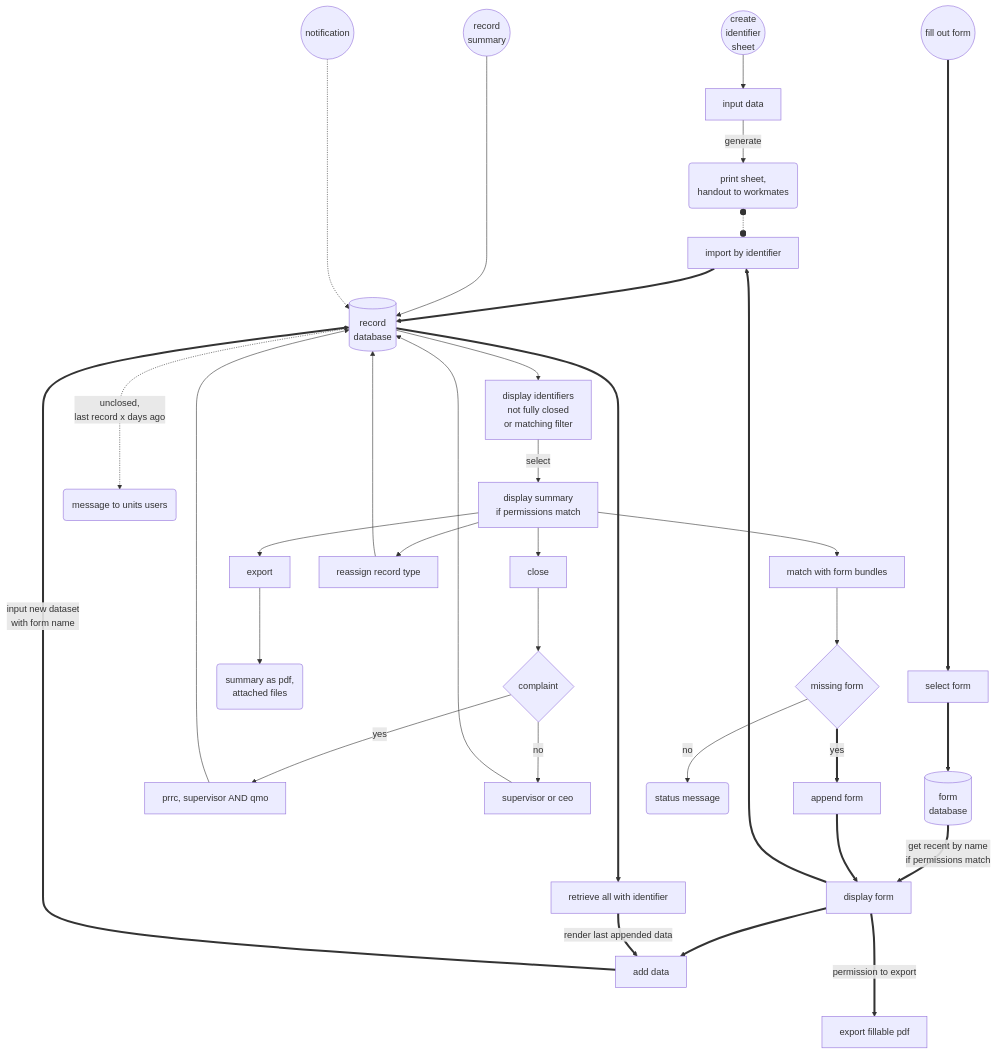
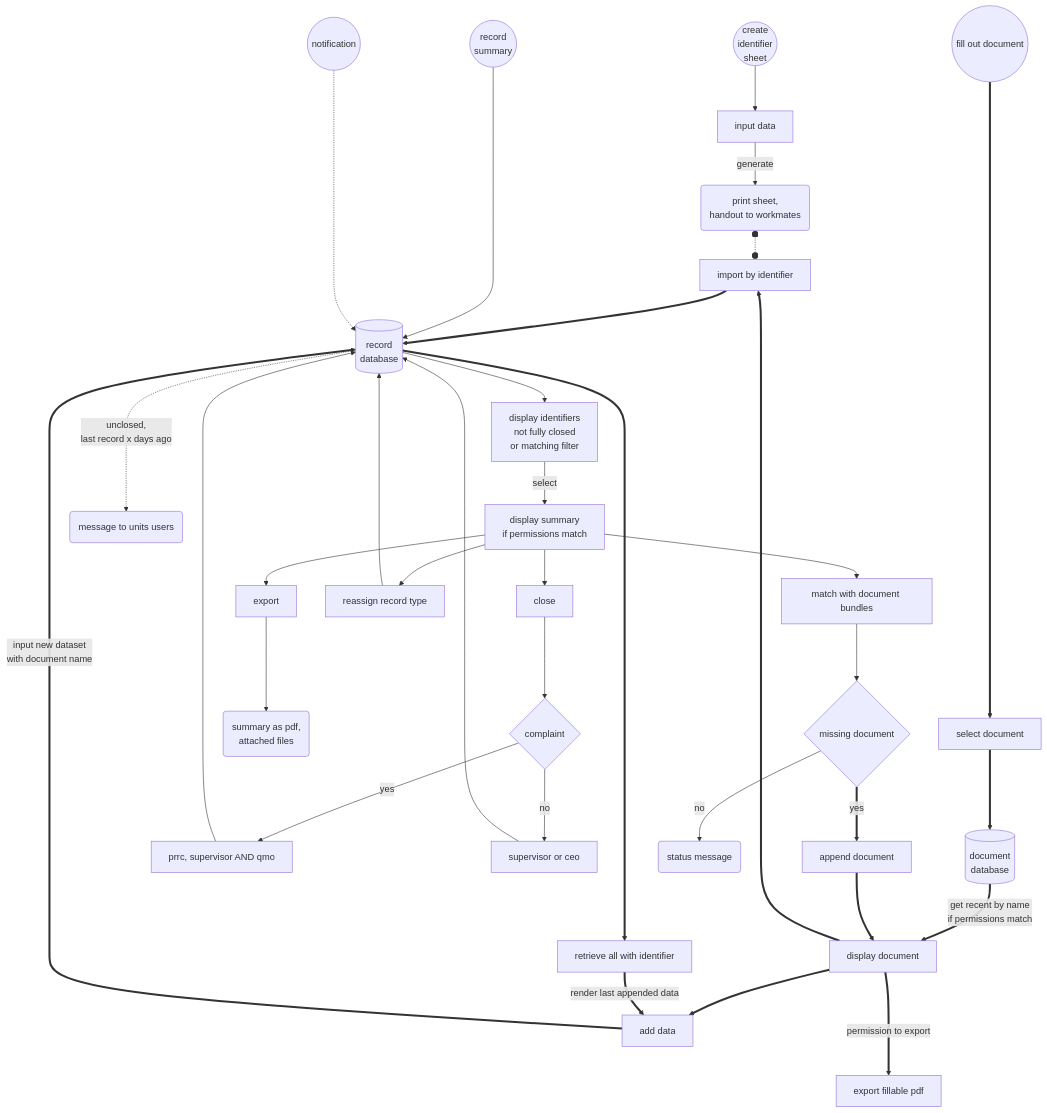
One commit to erroronline1/caro changed the fourth of 9 diagrams in readme.md. Above: the diagram before and after it, drawn with Mermaid. The commit also changed other lines of this file and 29 other files, not shown here.

Commit message:
changes form to document for a consistent regulatory language, hope i didn't mess up too much

````diff
--- a/readme.md
+++ b/readme.md
@@ -586,55 +586,55 @@
 ```mermaid
 graph TD;
     identifiersheet(("create
     identifier
     sheet"));
     identifiersheet-->input[input data];
     input-->|generate|print("print sheet,
     handout to workmates");
 
-    fillform((fill out form))=========>selectform[select form];
-    selectform==>form_db[("form
+    filldocument((fill out document))=========>selectdocument[select document];
+    selectdocument==>document_db[("document
     database")];
-    form_db==>|"get recent by name
-    if permissions match"|displayform[display form];
-    displayform==>inputdata[add data];
+    document_db==>|"get recent by name
+    if permissions match"|displaydocument[display document];
+    displaydocument==>inputdata[add data];
     inputdata==>|"input new dataset
-    with form name"|record_db[("record
+    with document name"|record_db[("record
     database")];
 
-    displayform==>idimport[import by identifier];
+    displaydocument==>idimport[import by identifier];
     idimport==>record_db;
     record_db==>selectbyid[retrieve all with identifier];
     selectbyid==>|render last appended data|inputdata;
-    displayform===>|permission to export|exportform[export fillable pdf]
+    displaydocument===>|permission to export|exportdocument[export fillable pdf]
 
     print o-.-o idimport;
 
     summaries(("record
     summary"))----->record_db;
     record_db-->displayids["display identifiers
     not fully closed
     or matching filter"];
     displayids-->|select|summary["display summary
     if permissions match"];
     summary-->close[close];
     close-->complaint{complaint};
     complaint-->|yes|complaintclose[prrc, supervisor AND qmo];
     complaintclose-->record_db;
     complaint-->|no|nocomplaintclose[supervisor or ceo];
     nocomplaintclose-->record_db;
     summary-->export[export];
     export-->pdf("summary as pdf,
     attached files");
-    summary-->matchbundles[match with form bundles];
-    matchbundles-->missing{missing form};
-    missing==>|yes|appenddata[append form];
-    appenddata==>displayform;
+    summary-->matchbundles[match with document bundles];
+    matchbundles-->missing{missing document};
+    missing==>|yes|appenddata[append document];
+    appenddata==>displaydocument;
     missing-->|no|nonemissing(status message);
     summary-->retype[reassign record type];
     retype-->record_db;
 
     notification((notification))-....->record_db;
     record_db-..->|"unclosed,
     last record x days ago"|message(message to units users);
 ```
````
